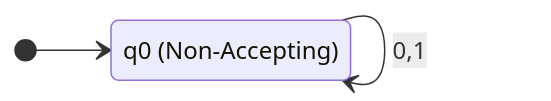
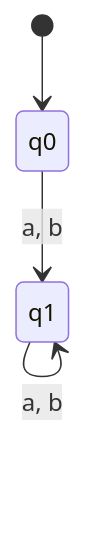
The seventh of 12 diagrams in School/CP414 Foundations of Computing/Assignments/Assignment 1.md (vikas-movva/Obsidian), drawn with Mermaid before and after one commit. The commit also changed other lines of this file and 1 other file, not shown here.

````diff
--- a/School/CP414 Foundations of Computing/Assignments/Assignment 1.md
+++ b/School/CP414 Foundations of Computing/Assignments/Assignment 1.md
@@ -45,7 +156,7 @@
 ```mermaid
 stateDiagram-v2
-    direction LR
     [*] --> q0
-    q0 --> q0: 0,1
-    q0: q0 (Non-Accepting)
+    q0 --> q1: a, b
+    q1 --> q1: a, b
+    state q1 <<accept>>
 ```
````
